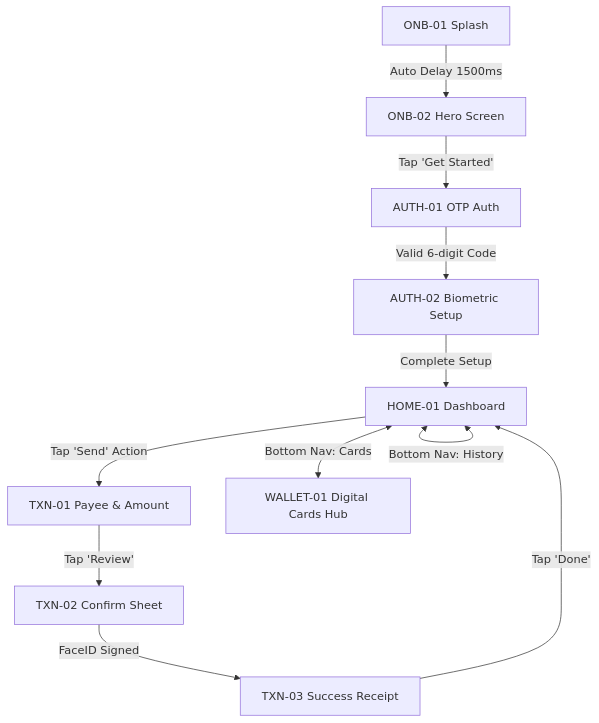
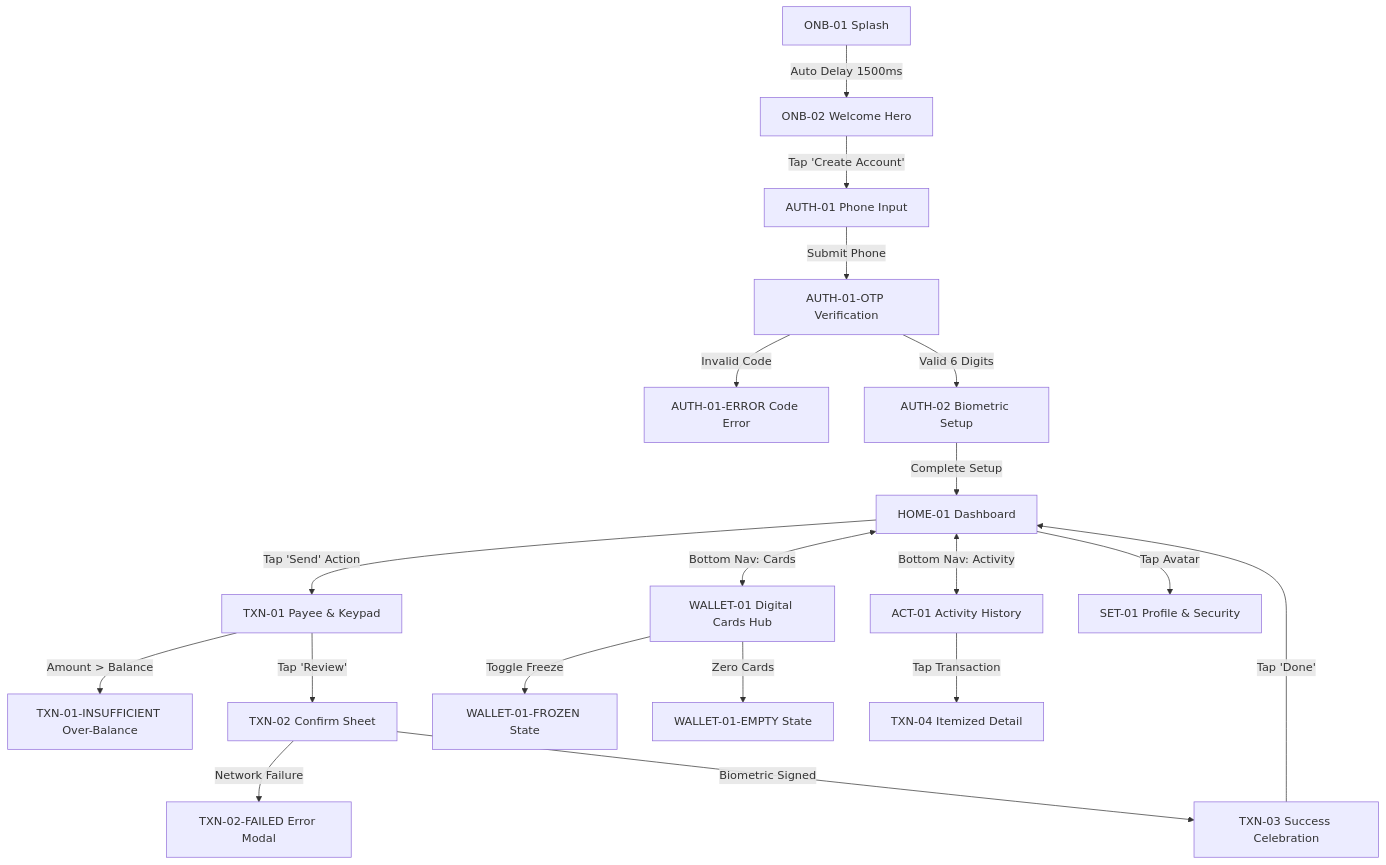
One commit to rik9922/Figma changed the diagram in projects/fintech-mobile-app/requirements/SCREEN_ARCHITECTURE.md. Above: the diagram before and after it, drawn with Mermaid. The commit also changed other lines of this file and 20 other files, not shown here.

````diff
--- a/projects/fintech-mobile-app/requirements/SCREEN_ARCHITECTURE.md
+++ b/projects/fintech-mobile-app/requirements/SCREEN_ARCHITECTURE.md
@@ -42,15 +58,24 @@
 ```mermaid
 flowchart TD
-    ONB01["ONB-01 Splash"] -->|Auto Delay 1500ms| ONB02["ONB-02 Hero Screen"]
-    ONB02 -->|Tap 'Get Started'| AUTH01["AUTH-01 OTP Auth"]
-    AUTH01 -->|Valid 6-digit Code| AUTH02["AUTH-02 Biometric Setup"]
+    ONB01["ONB-01 Splash"] -->|Auto Delay 1500ms| ONB02["ONB-02 Welcome Hero"]
+    ONB02 -->|Tap 'Create Account'| AUTH01["AUTH-01 Phone Input"]
+    AUTH01 -->|Submit Phone| AUTH01OTP["AUTH-01-OTP Verification"]
+    AUTH01OTP -->|Invalid Code| AUTH01ERR["AUTH-01-ERROR Code Error"]
+    AUTH01OTP -->|Valid 6 Digits| AUTH02["AUTH-02 Biometric Setup"]
     AUTH02 -->|Complete Setup| HOME01["HOME-01 Dashboard"]
     
-    HOME01 -->|Tap 'Send' Action| TXN01["TXN-01 Payee & Amount"]
+    HOME01 -->|Tap 'Send' Action| TXN01["TXN-01 Payee & Keypad"]
+    TXN01 -->|Amount > Balance| TXN01INS["TXN-01-INSUFFICIENT Over-Balance"]
     TXN01 -->|Tap 'Review'| TXN02["TXN-02 Confirm Sheet"]
-    TXN02 -->|FaceID Signed| TXN03["TXN-03 Success Receipt"]
+    TXN02 -->|Network Failure| TXN02FAIL["TXN-02-FAILED Error Modal"]
+    TXN02 -->|Biometric Signed| TXN03["TXN-03 Success Celebration"]
     TXN03 -->|Tap 'Done'| HOME01
     
     HOME01 <-->|Bottom Nav: Cards| WALLET01["WALLET-01 Digital Cards Hub"]
-    HOME01 <-->|Bottom Nav: History| HOME01
+    WALLET01 -->|Toggle Freeze| WALLET01FRZ["WALLET-01-FROZEN State"]
+    WALLET01 -->|Zero Cards| WALLET01EMP["WALLET-01-EMPTY State"]
+    
+    HOME01 <-->|Bottom Nav: Activity| ACT01["ACT-01 Activity History"]
+    ACT01 -->|Tap Transaction| TXN04["TXN-04 Itemized Detail"]
+    HOME01 -->|Tap Avatar| SET01["SET-01 Profile & Security"]
 ```
````
